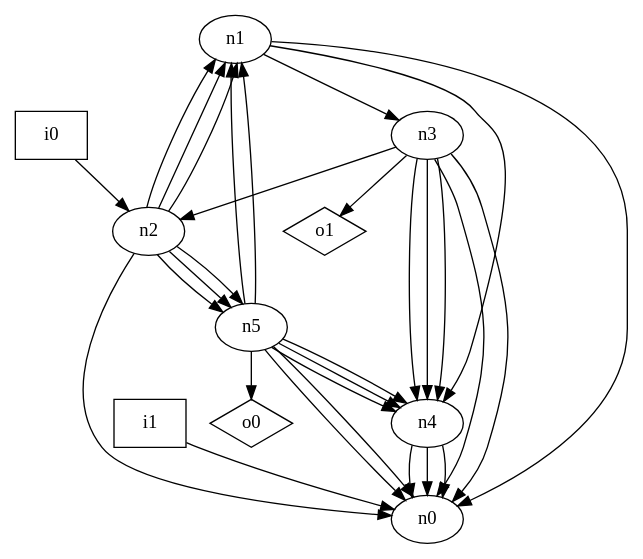
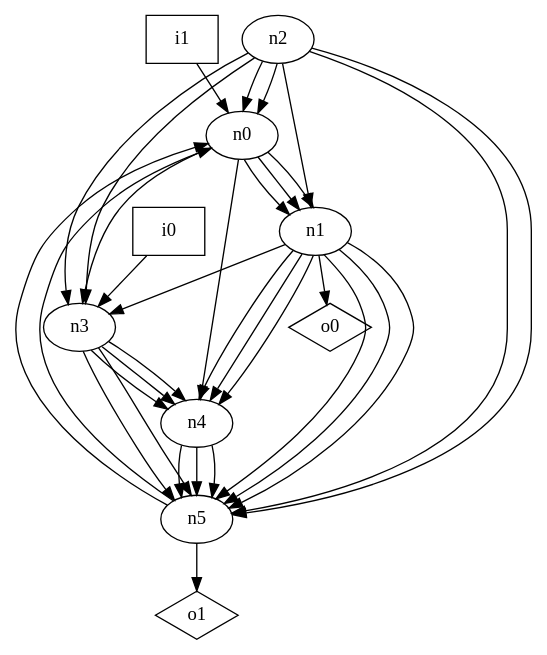
One commit to p9romain/bool-circuits changed the diagram in dot_files/random/random_oriented_loop_free_graph.dot. Above: the diagram before and after it, drawn with Graphviz. The commit also changed 22 other files, not shown here.

```diff
--- a/dot_files/random/random_oriented_loop_free_graph.dot
+++ b/dot_files/random/random_oriented_loop_free_graph.dot
@@ -1,42 +1,45 @@
 digraph G {
 n0 [label="n0"];
 n1 [label="n1"];
 n2 [label="n2"];
 n3 [label="n3"];
 n4 [label="n4"];
 n5 [label="n5"];
 n6 [label="i0",shape="box"];
 n7 [label="i1",shape="box"];
 n8 [label="o0",shape="diamond"];
 n9 [label="o1",shape="diamond"];
-n1 -> n0
+n0 -> n1
+n0 -> n1
+n0 -> n1
+n0 -> n3
+n0 -> n4
 n1 -> n3
 n1 -> n4
+n1 -> n4
+n1 -> n4
+n1 -> n5
+n1 -> n5
+n1 -> n5
+n1 -> n8
+n2 -> n0
 n2 -> n0
 n2 -> n1
-n2 -> n1
-n2 -> n1
+n2 -> n3
+n2 -> n3
 n2 -> n5
 n2 -> n5
-n2 -> n5
-n3 -> n0
-n3 -> n0
-n3 -> n2
 n3 -> n4
 n3 -> n4
 n3 -> n4
-n3 -> n9
-n4 -> n0
-n4 -> n0
-n4 -> n0
+n3 -> n5
+n3 -> n5
+n4 -> n5
+n4 -> n5
+n4 -> n5
 n5 -> n0
 n5 -> n0
-n5 -> n1
-n5 -> n1
-n5 -> n4
-n5 -> n4
-n5 -> n4
-n5 -> n8
-n6 -> n2
+n5 -> n9
+n6 -> n3
 n7 -> n0
 }
```
